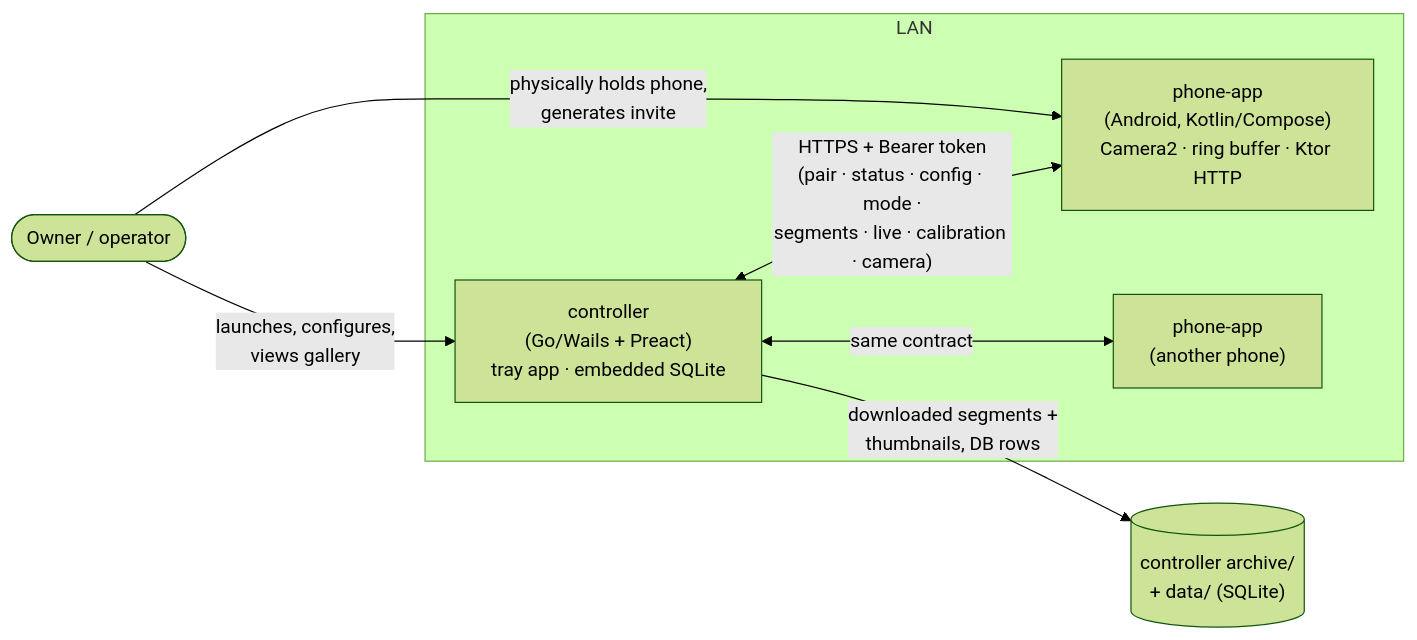
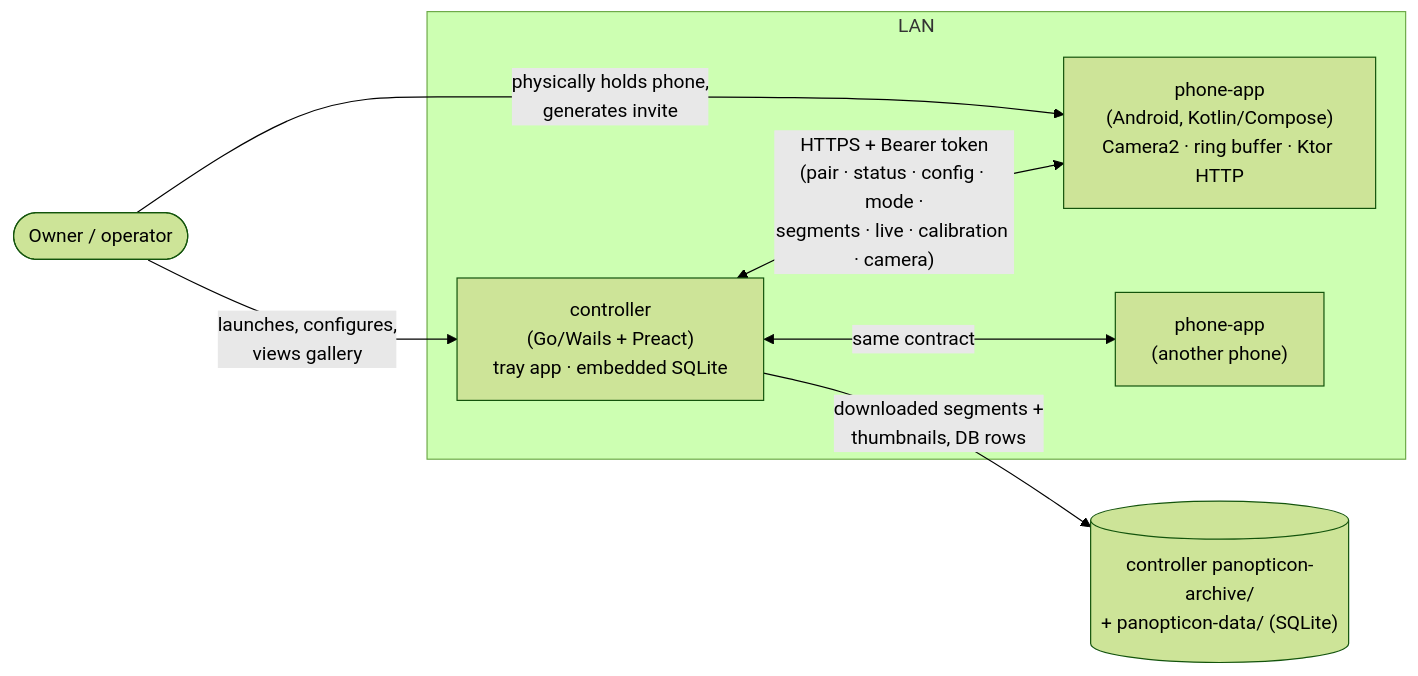
One commit to ifeanyiecheruo/panopticon changed the first of 4 diagrams in docs/design/architecture.md. Above: the diagram before and after it, drawn with Mermaid (forest theme). The commit also changed other lines of this file and 9 other files, not shown here.

````diff
--- a/docs/design/architecture.md
+++ b/docs/design/architecture.md
@@ -132,16 +132,16 @@
 ```mermaid
 flowchart LR
     subgraph LAN
         P1["phone-app\n(Android, Kotlin/Compose)\nCamera2 · ring buffer · Ktor HTTP"]
         P2["phone-app\n(another phone)"]
         C["controller\n(Go/Wails + Preact)\ntray app · embedded SQLite"]
     end
     Owner(["Owner / operator"])
-    Disk[("controller archive/\n+ data/ (SQLite)")]
+    Disk[("controller panopticon-archive/\n+ panopticon-data/ (SQLite)")]
 
     Owner -->|"launches, configures,\nviews gallery"| C
     Owner -->|"physically holds phone,\ngenerates invite"| P1
     C <-->|"HTTPS + Bearer token\n(pair · status · config · mode ·\nsegments · live · calibration · camera)"| P1
     C <-->|"same contract"| P2
     C -->|"downloaded segments +\nthumbnails, DB rows"| Disk
 ```
````
